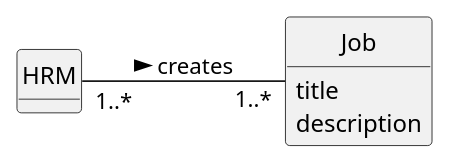
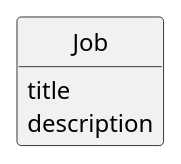
The diagram in docs/sprintB/us002/02.analysis/puml/us002-domain-model.puml (ricardomm7/leaflink), drawn with PlantUML before and after one commit. The commit also changed 7 other files, not shown here.

```diff
--- a/docs/sprintB/us002/02.analysis/puml/us002-domain-model.puml
+++ b/docs/sprintB/us002/02.analysis/puml/us002-domain-model.puml
@@ -1,23 +1,19 @@
 @startuml
 skinparam monochrome true
 skinparam packageStyle rectangle
 skinparam shadowing false
 
 left to right direction
 
 skinparam classAttributeIconSize 0
 
 hide circle
 hide methods
 
-class HRM {
-}
 
 class Job {
     title
     description
 }
 
-HRM "1..*" -- "1..*" Job : creates >
-
 @enduml
```
